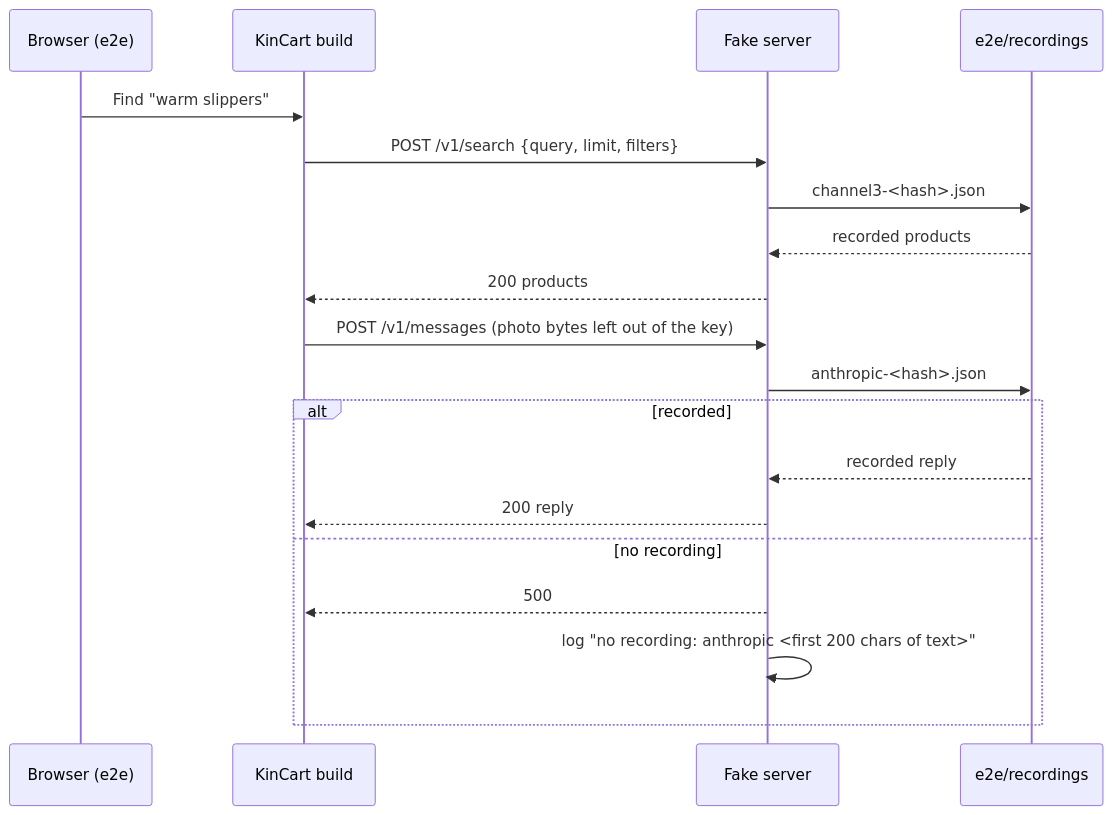
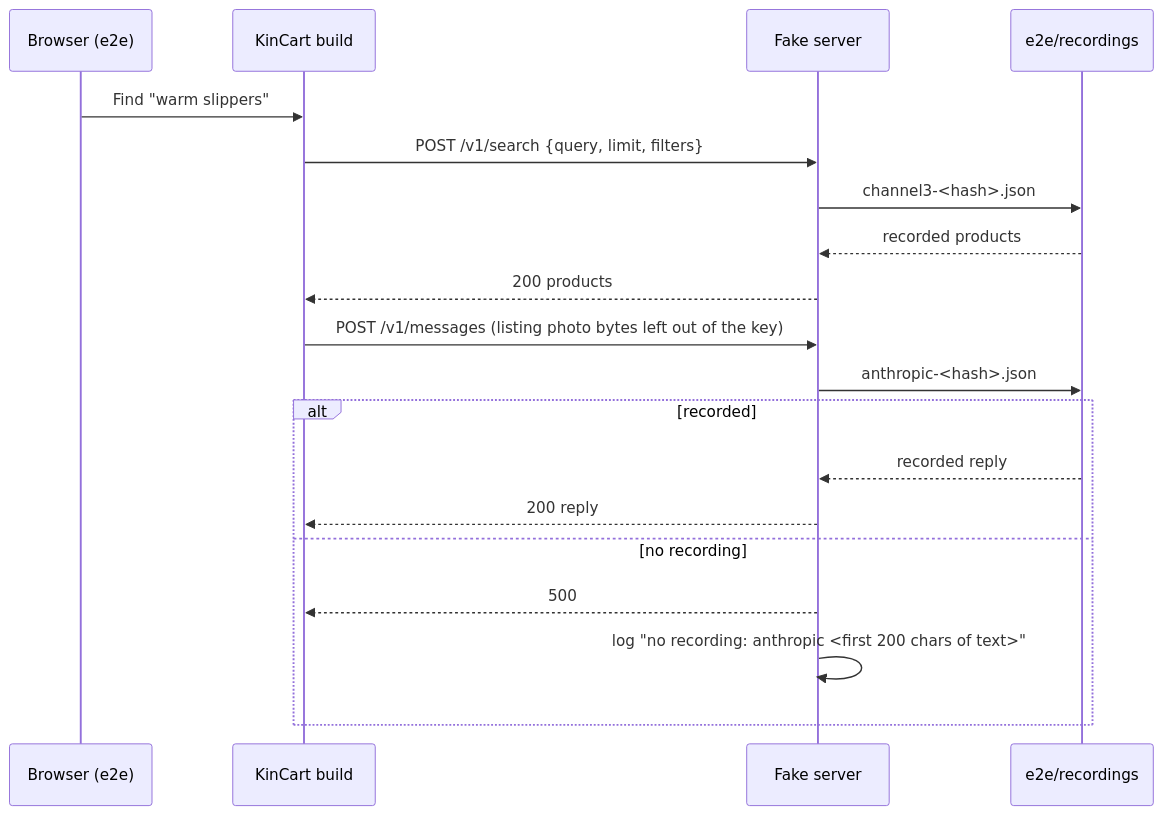
Before and after one commit to dzaffren/kincart: the third of 3 diagrams in docs/specs/ci-without-channel3.md, drawn with Mermaid. The commit also changed other lines of this file and 1 other file, not shown here.

````diff
--- a/docs/specs/ci-without-channel3.md
+++ b/docs/specs/ci-without-channel3.md
@@ -109,21 +109,21 @@
 ```mermaid
 sequenceDiagram
     participant B as Browser (e2e)
     participant K as KinCart build
     participant F as Fake server
     participant R as e2e/recordings
     B->>K: Find "warm slippers"
     K->>F: POST /v1/search {query, limit, filters}
     F->>R: channel3-<hash>.json
     R-->>F: recorded products
     F-->>K: 200 products
-    K->>F: POST /v1/messages (photo bytes left out of the key)
+    K->>F: POST /v1/messages (listing photo bytes left out of the key)
     F->>R: anthropic-<hash>.json
     alt recorded
         R-->>F: recorded reply
         F-->>K: 200 reply
     else no recording
         F-->>K: 500
         F->>F: log "no recording: anthropic <first 200 chars of text>"
     end
 ```
````
